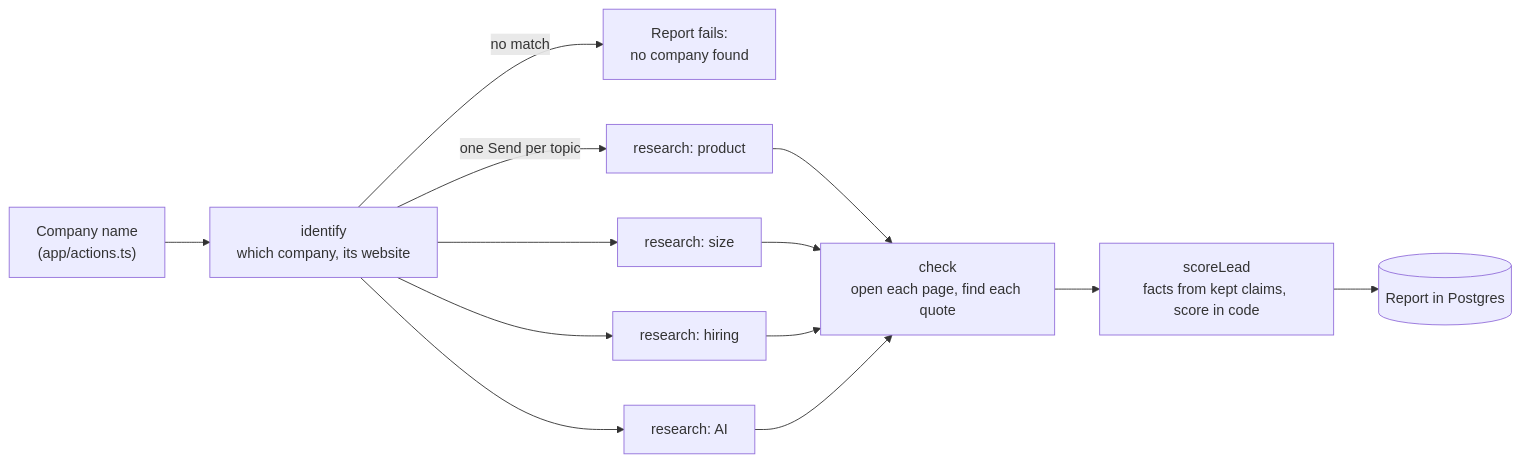
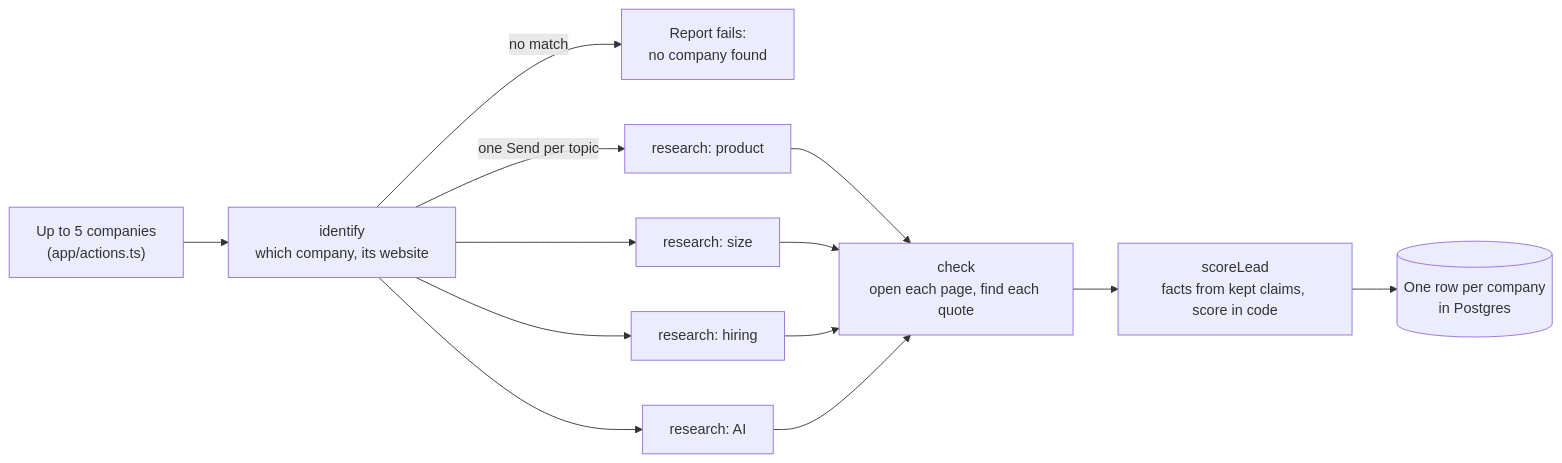
One commit to learnwithparam/ai-bootcamp changed the diagram in 06-research-agent/README.md. Above: the diagram before and after it, drawn with Mermaid. The commit also changed other lines of this file and 57 other files, not shown here.

````diff
--- a/06-research-agent/README.md
+++ b/06-research-agent/README.md
@@ -58,12 +107,12 @@
 ```mermaid
 flowchart LR
-  form["Company name<br/>(app/actions.ts)"] --> identify["identify<br/>which company, its website"]
+  form["Up to 5 companies<br/>(app/actions.ts)"] --> identify["identify<br/>which company, its website"]
   identify -->|"no match"| fail["Report fails:<br/>no company found"]
   identify -->|"one Send per topic"| r1["research: product"]
   identify --> r2["research: size"]
   identify --> r3["research: hiring"]
   identify --> r4["research: AI"]
   r1 & r2 & r3 & r4 --> check["check<br/>open each page, find each quote"]
   check --> score["scoreLead<br/>facts from kept claims, score in code"]
-  score --> db[(Report in Postgres)]
+  score --> db[(One row per company<br/>in Postgres)]
 ```
````
